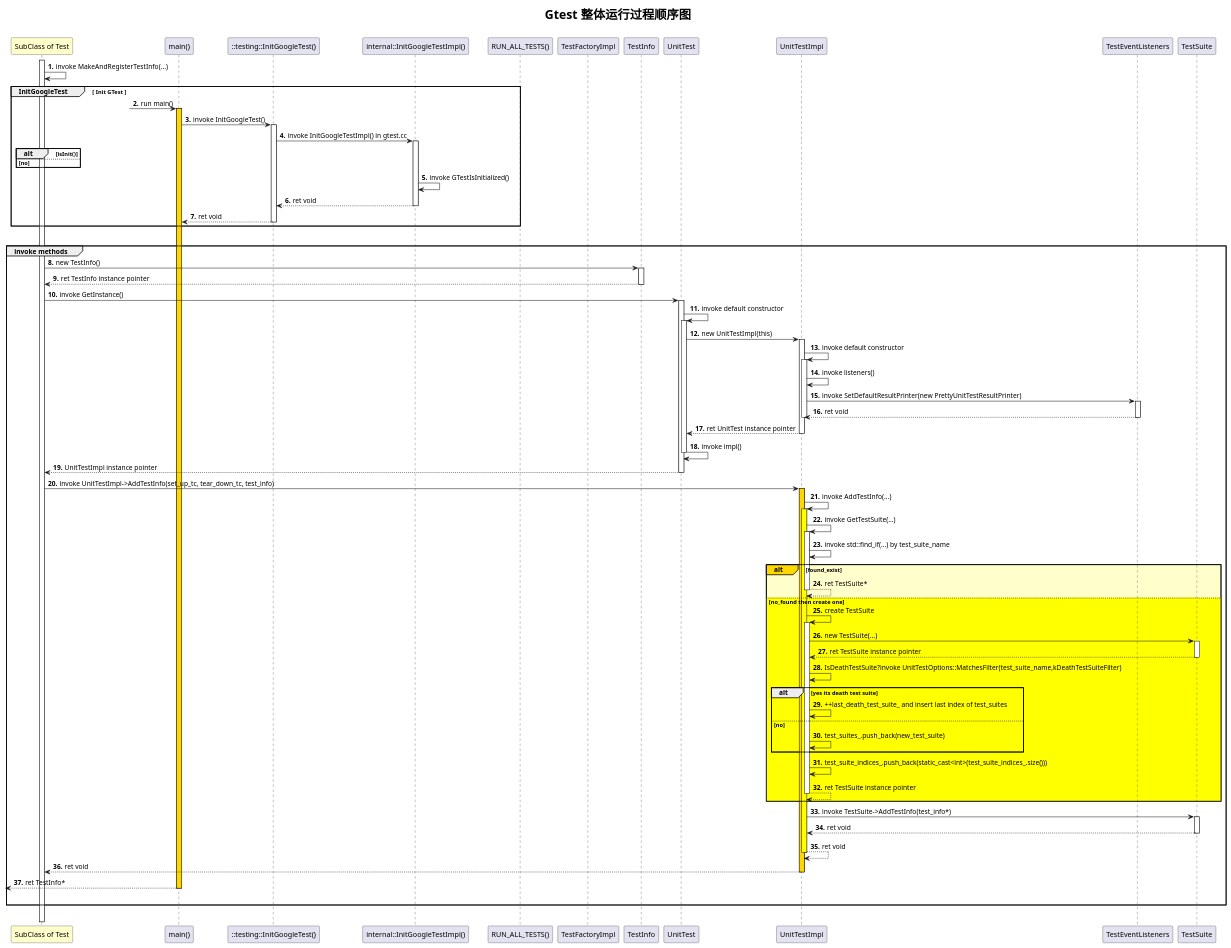
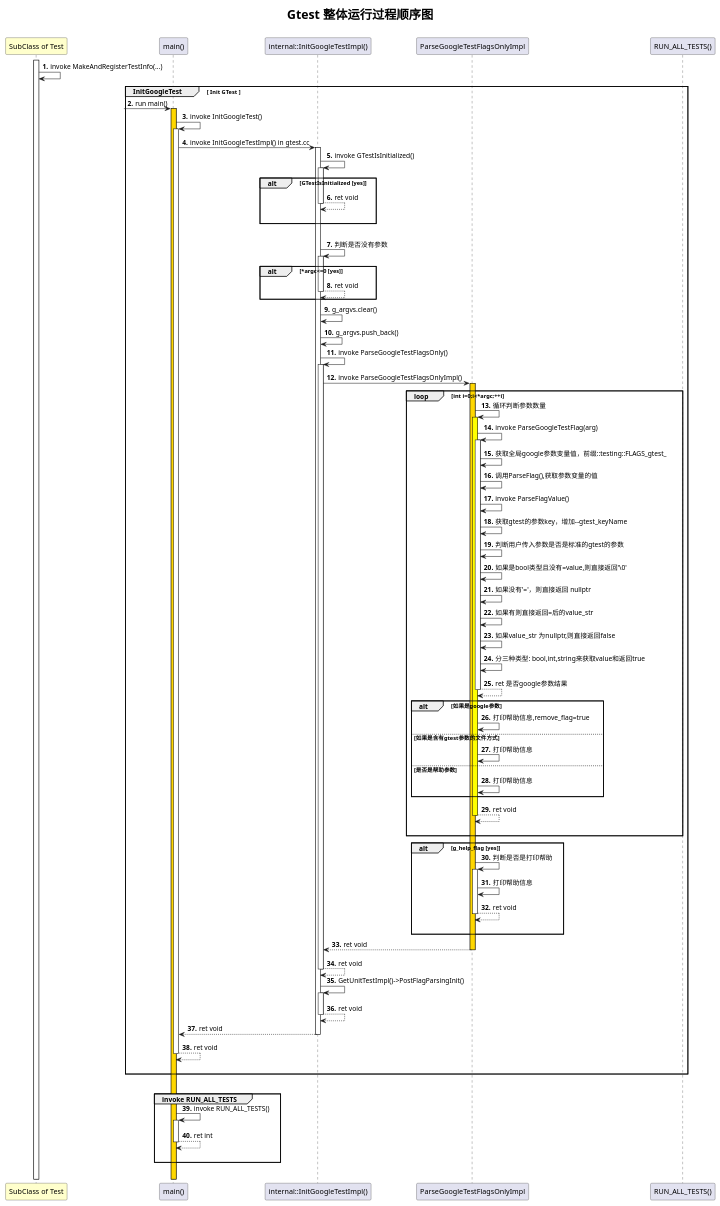
One commit to yanxueweicn/tdd_dev changed the diagram in gtest_global_run_process_sequence_diagram.puml. Above: the diagram before and after it, drawn with PlantUML. The commit also changed 2 other files, not shown here.

Commit message:
全局类图优化

```diff
--- a/gtest_global_run_process_sequence_diagram.puml
+++ b/gtest_global_run_process_sequence_diagram.puml
@@ -1,108 +1,119 @@
 @startuml
 'https://plantuml.com/sequence-diagram
 title
  <b><font size="24">Gtest 整体运行过程顺序图</font></b>
 
 end title
 
 'actor boundary control collections database entity queue
 'participant "SubClass of Test"  as Test  << (C,#add1b2) subclass >> order -2 #business
 participant "SubClass of Test"  as Test  order -2 #business
 participant "main()" as main
-participant "::testing::InitGoogleTest()" as init
 participant "internal::InitGoogleTestImpl()" as init_impl
-participant "RUN_ALL_TESTS()" as run_all_tests
-participant "TestFactoryImpl"
-participant "TestInfo"
+participant "ParseGoogleTestFlagsOnlyImpl" as ParseGoogleTestFlagsOnlyImpl
+participant "RUN_ALL_TESTS()" as  run_all_tests order 100
+
 
 'autonumber start increment "<u>0|#.</u>"
 autonumber 1 1 "<b>."
 
 'activate participant #colouml_sequence_diagram.pumlr
 activate Test
 'participant -> participant ++|--|**|!! #color"
 Test -> Test  : invoke MakeAndRegisterTestInfo(...)
 
 /'
 group 主标题 [副标题]
     bob -[#red]> alice : hello
     [-> alice : DoWork
     create actor|control|boundary|control|... participant
     bob -> participant : new
     / (h|r)note left|right|over|across of alice: this is note
     ref over bob,alice : init
     ... 5分钟后 ...
     bob <[#blue]- alice : ret
     |||
     ||40||
     alt#alt背景色 #整体背景色 主标题
         break|critical|loop|opt|par 主标题
 
         end
     else 标题
 
     else 标题2
 
     end
 end
 '/
 
 group InitGoogleTest [ Init GTest ]
     ?-> main  ++ #gold : run main()
-    main -> init ++ : invoke InitGoogleTest()
-    init -> init_impl ++ : invoke InitGoogleTestImpl() in gtest.cc
-    alt isInit()
+    main -> main ++ : invoke InitGoogleTest()
+    main -> init_impl ++ : invoke InitGoogleTestImpl() in gtest.cc
+    init_impl -> init_impl ++ : invoke GTestIsInitialized()
+    alt GTestIsInitialized [yes]
+        return ret void
+        |||
+    end
+    |||
+    init_impl -> init_impl ++ : 判断是否没有参数
+    alt *argc<=0 [yes]
+        return ret void
+    end
+    init_impl -> init_impl : g_argvs.clear()
+    init_impl -> init_impl : g_argvs.push_back()
 
-    else no
+    init_impl -> init_impl ++ : invoke ParseGoogleTestFlagsOnly()
+        init_impl -> ParseGoogleTestFlagsOnlyImpl ++ #gold : invoke ParseGoogleTestFlagsOnlyImpl()
+            loop  int i=0;i<*argc;++i
+                ParseGoogleTestFlagsOnlyImpl -> ParseGoogleTestFlagsOnlyImpl ++ #yellow : 循环判断参数数量
+                    ParseGoogleTestFlagsOnlyImpl -> ParseGoogleTestFlagsOnlyImpl ++ : invoke ParseGoogleTestFlag(arg)
+                        ParseGoogleTestFlagsOnlyImpl -> ParseGoogleTestFlagsOnlyImpl  : 获取全局google参数变量值，前缀::testing::FLAGS_gtest_
+                        ParseGoogleTestFlagsOnlyImpl -> ParseGoogleTestFlagsOnlyImpl  : 调用ParseFlag(),获取参数变量的值
+                        ParseGoogleTestFlagsOnlyImpl -> ParseGoogleTestFlagsOnlyImpl  : invoke ParseFlagValue()
+                        ParseGoogleTestFlagsOnlyImpl -> ParseGoogleTestFlagsOnlyImpl  : 获取gtest的参数key，增加--gtest_keyName
+                        ParseGoogleTestFlagsOnlyImpl -> ParseGoogleTestFlagsOnlyImpl  : 判断用户传入参数是否是标准的gtest的参数
+                        ParseGoogleTestFlagsOnlyImpl -> ParseGoogleTestFlagsOnlyImpl  : 如果是bool类型且没有=value,则直接返回'\0'
+                        ParseGoogleTestFlagsOnlyImpl -> ParseGoogleTestFlagsOnlyImpl  : 如果没有'='，则直接返回 nullptr
+                        ParseGoogleTestFlagsOnlyImpl -> ParseGoogleTestFlagsOnlyImpl  : 如果有则直接返回=后的value_str
+                        ParseGoogleTestFlagsOnlyImpl -> ParseGoogleTestFlagsOnlyImpl  : 如果value_str 为nullptr,则直接返回false
+                        ParseGoogleTestFlagsOnlyImpl -> ParseGoogleTestFlagsOnlyImpl  : 分三种类型: bool,int,string来获取value和返回true
+                    return ret 是否google参数结果
 
-    end
-    init_impl -> init_impl : invoke GTestIsInitialized()
+                    alt 如果是google参数
+                        ParseGoogleTestFlagsOnlyImpl -> ParseGoogleTestFlagsOnlyImpl  : 打印帮助信息,remove_flag=true
+                    else 如果是含有gtest参数的文件方式
+                        ParseGoogleTestFlagsOnlyImpl -> ParseGoogleTestFlagsOnlyImpl  : 打印帮助信息
+                    else 是否是帮助参数
+                        ParseGoogleTestFlagsOnlyImpl -> ParseGoogleTestFlagsOnlyImpl  : 打印帮助信息
+                    end
+                return ret void
+                |||
+            end
+
+            alt g_help_flag [yes]
+                ParseGoogleTestFlagsOnlyImpl -> ParseGoogleTestFlagsOnlyImpl ++ : 判断是否是打印帮助
+                    ParseGoogleTestFlagsOnlyImpl -> ParseGoogleTestFlagsOnlyImpl  : 打印帮助信息
+                return ret void
+                |||
+            end
+        return ret void
     return ret void
-    return ret void
-end
-|||
-group invoke methods
-    Test -> TestInfo ++ : new TestInfo()
-    return ret TestInfo instance pointer
-    Test -> UnitTest ++ : invoke GetInstance()
-    UnitTest -> UnitTest ++ : invoke default constructor
-    UnitTest -> UnitTestImpl ++ : new UnitTestImpl(this)
-    UnitTestImpl -> UnitTestImpl ++ : invoke default constructor
-    UnitTestImpl -> UnitTestImpl  : invoke listeners()
-    UnitTestImpl -> TestEventListeners ++ : invoke SetDefaultResultPrinter(new PrettyUnitTestResultPrinter)
-    return  ret void
-    deactivate UnitTestImpl
-    return ret UnitTest instance pointer
-    UnitTest -> UnitTest -- : invoke impl()
-    return UnitTestImpl instance pointer
-    Test -> UnitTestImpl ++ #gold : invoke UnitTestImpl->AddTestInfo(set_up_tc, tear_down_tc, test_info)
-    UnitTestImpl -> UnitTestImpl ++ #Yellow: invoke AddTestInfo(...)
-    UnitTestImpl -> UnitTestImpl ++ : invoke GetTestSuite(...)
-    UnitTestImpl -> UnitTestImpl  : invoke std::find_if(...) by test_suite_name
 
-    alt#gold  #business found_exist
-        'UnitTestImpl -> UnitTestImpl  :  ret TestSuite*
-        return  ret TestSuite*
-    else #yellow no_found then create one
-        UnitTestImpl -> UnitTestImpl ++ : create TestSuite
-        UnitTestImpl -> TestSuite ++ : new TestSuite(...)
-        return ret TestSuite instance pointer
-        UnitTestImpl -> UnitTestImpl : IsDeathTestSuite?invoke UnitTestOptions::MatchesFilter(test_suite_name,kDeathTestSuiteFilter)
-        alt yes its death test suite
-            UnitTestImpl -> UnitTestImpl : ++last_death_test_suite_ and insert last index of test_suites
-        else no
-            UnitTestImpl -> UnitTestImpl : test_suites_.push_back(new_test_suite)
-        end
-        UnitTestImpl -> UnitTestImpl : test_suite_indices_.push_back(static_cast<int>(test_suite_indices_.size()))
-        return ret TestSuite instance pointer
-    end
-    UnitTestImpl -> TestSuite ++ : invoke TestSuite->AddTestInfo(test_info*)
+    init_impl -> init_impl ++ : GetUnitTestImpl()->PostFlagParsingInit()
     return ret void
     return ret void
     return ret void
-    return ret TestInfo*
     |||
 end
 |||
 
+
+group invoke RUN_ALL_TESTS
+    main -> main ++ :invoke RUN_ALL_TESTS()
+    return ret int
+   |||
+end
+|||
+
 @enduml
```
